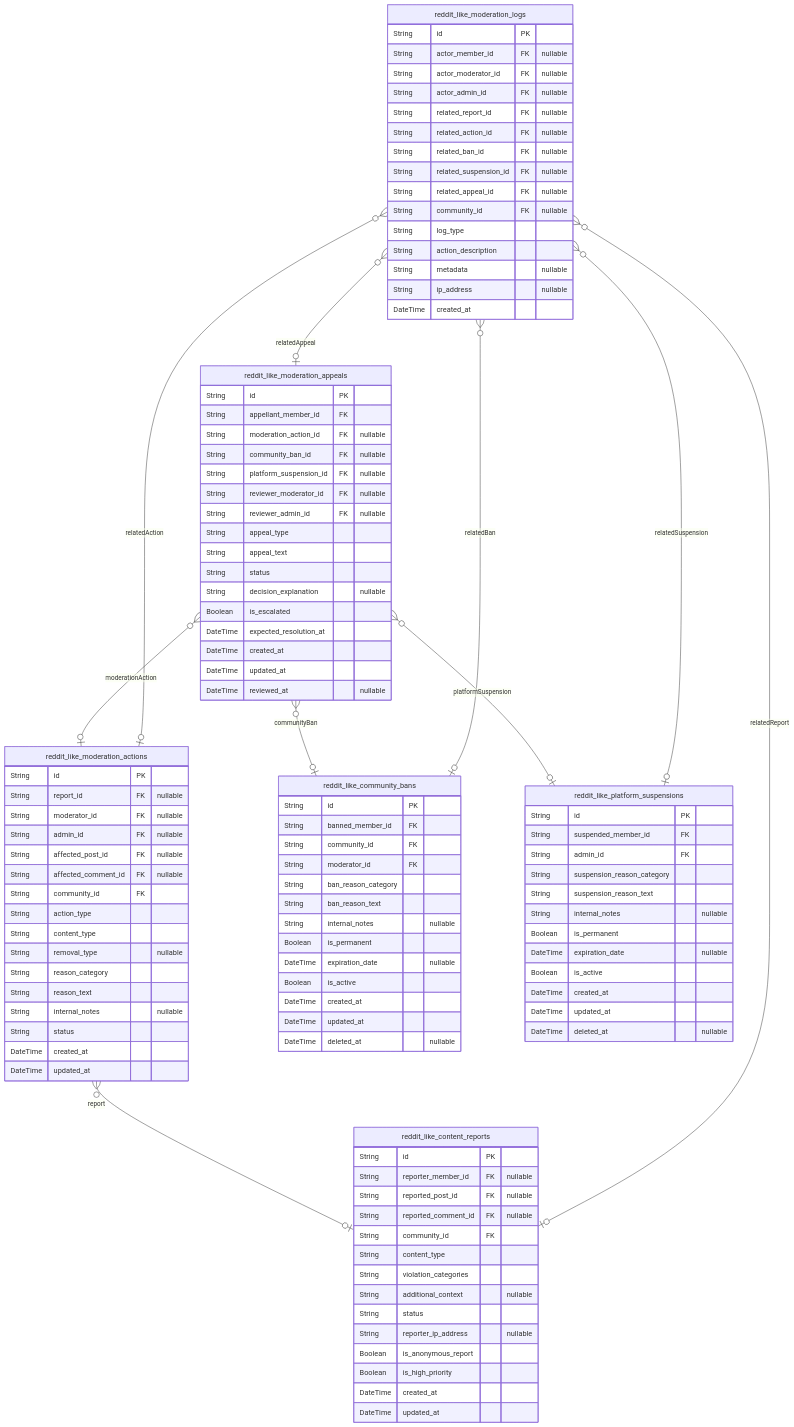
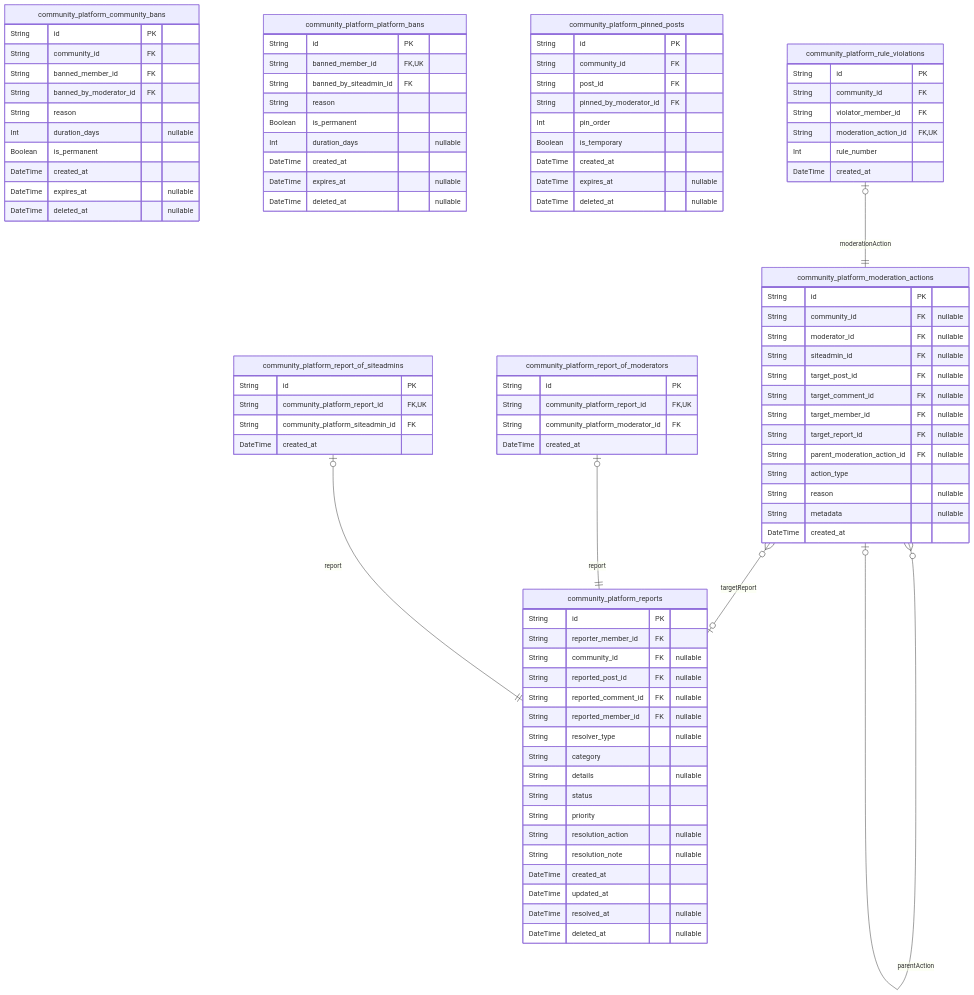
One commit to wrtnlabs/autobe-examples changed the sixth of 7 diagrams in anthropic/claude-sonnet-4.5/reddit/docs/ERD.md. Above: the diagram before and after it, drawn with Mermaid. The commit also changed other lines of this file and 16146 other files, not shown here.

````diff
--- a/anthropic/claude-sonnet-4.5/reddit/docs/ERD.md
+++ b/anthropic/claude-sonnet-4.5/reddit/docs/ERD.md
@@ -1232,110 +838,96 @@
 ```mermaid
 erDiagram
-"reddit_like_content_reports" {
+"community_platform_reports" {
   String id PK
-  String reporter_member_id FK "nullable"
+  String reporter_member_id FK
+  String community_id FK "nullable"
   String reported_post_id FK "nullable"
   String reported_comment_id FK "nullable"
-  String community_id FK
-  String content_type
-  String violation_categories
-  String additional_context "nullable"
+  String reported_member_id FK "nullable"
+  String resolver_type "nullable"
+  String category
+  String details "nullable"
   String status
-  String reporter_ip_address "nullable"
-  Boolean is_anonymous_report
-  Boolean is_high_priority
+  String priority
+  String resolution_action "nullable"
+  String resolution_note "nullable"
   DateTime created_at
   DateTime updated_at
-}
-"reddit_like_moderation_actions" {
-  String id PK
-  String report_id FK "nullable"
-  String moderator_id FK "nullable"
-  String admin_id FK "nullable"
-  String affected_post_id FK "nullable"
-  String affected_comment_id FK "nullable"
-  String community_id FK
-  String action_type
-  String content_type
-  String removal_type "nullable"
-  String reason_category
-  String reason_text
-  String internal_notes "nullable"
-  String status
-  DateTime created_at
-  DateTime updated_at
-}
-"reddit_like_community_bans" {
-  String id PK
-  String banned_member_id FK
-  String community_id FK
-  String moderator_id FK
-  String ban_reason_category
-  String ban_reason_text
-  String internal_notes "nullable"
-  Boolean is_permanent
-  DateTime expiration_date "nullable"
-  Boolean is_active
-  DateTime created_at
-  DateTime updated_at
+  DateTime resolved_at "nullable"
   DateTime deleted_at "nullable"
 }
-"reddit_like_platform_suspensions" {
+"community_platform_community_bans" {
   String id PK
-  String suspended_member_id FK
-  String admin_id FK
-  String suspension_reason_category
-  String suspension_reason_text
-  String internal_notes "nullable"
+  String community_id FK
+  String banned_member_id FK
+  String banned_by_moderator_id FK
+  String reason
+  Int duration_days "nullable"
   Boolean is_permanent
-  DateTime expiration_date "nullable"
-  Boolean is_active
   DateTime created_at
-  DateTime updated_at
+  DateTime expires_at "nullable"
   DateTime deleted_at "nullable"
 }
-"reddit_like_moderation_appeals" {
+"community_platform_platform_bans" {
   String id PK
-  String appellant_member_id FK
-  String moderation_action_id FK "nullable"
-  String community_ban_id FK "nullable"
-  String platform_suspension_id FK "nullable"
-  String reviewer_moderator_id FK "nullable"
-  String reviewer_admin_id FK "nullable"
-  String appeal_type
-  String appeal_text
-  String status
-  String decision_explanation "nullable"
-  Boolean is_escalated
-  DateTime expected_resolution_at
+  String banned_member_id FK,UK
+  String banned_by_siteadmin_id FK
+  String reason
+  Boolean is_permanent
+  Int duration_days "nullable"
   DateTime created_at
-  DateTime updated_at
-  DateTime reviewed_at "nullable"
+  DateTime expires_at "nullable"
+  DateTime deleted_at "nullable"
 }
-"reddit_like_moderation_logs" {
+"community_platform_moderation_actions" {
   String id PK
-  String actor_member_id FK "nullable"
-  String actor_moderator_id FK "nullable"
-  String actor_admin_id FK "nullable"
-  String related_report_id FK "nullable"
-  String related_action_id FK "nullable"
-  String related_ban_id FK "nullable"
-  String related_suspension_id FK "nullable"
-  String related_appeal_id FK "nullable"
   String community_id FK "nullable"
-  String log_type
-  String action_description
+  String moderator_id FK "nullable"
+  String siteadmin_id FK "nullable"
+  String target_post_id FK "nullable"
+  String target_comment_id FK "nullable"
+  String target_member_id FK "nullable"
+  String target_report_id FK "nullable"
+  String parent_moderation_action_id FK "nullable"
+  String action_type
+  String reason "nullable"
   String metadata "nullable"
-  String ip_address "nullable"
   DateTime created_at
 }
-"reddit_like_moderation_actions" }o--o| "reddit_like_content_reports" : report
-"reddit_like_moderation_appeals" }o--o| "reddit_like_moderation_actions" : moderationAction
-"reddit_like_moderation_appeals" }o--o| "reddit_like_community_bans" : communityBan
-"reddit_like_moderation_appeals" }o--o| "reddit_like_platform_suspensions" : platformSuspension
-"reddit_like_moderation_logs" }o--o| "reddit_like_content_reports" : relatedReport
-"reddit_like_moderation_logs" }o--o| "reddit_like_moderation_actions" : relatedAction
-"reddit_like_moderation_logs" }o--o| "reddit_like_community_bans" : relatedBan
-"reddit_like_moderation_logs" }o--o| "reddit_like_platform_suspensions" : relatedSuspension
-"reddit_like_moderation_logs" }o--o| "reddit_like_moderation_appeals" : relatedAppeal
+"community_platform_pinned_posts" {
+  String id PK
+  String community_id FK
+  String post_id FK
+  String pinned_by_moderator_id FK
+  Int pin_order
+  Boolean is_temporary
+  DateTime created_at
+  DateTime expires_at "nullable"
+  DateTime deleted_at "nullable"
+}
+"community_platform_report_of_moderators" {
+  String id PK
+  String community_platform_report_id FK,UK
+  String community_platform_moderator_id FK
+  DateTime created_at
+}
+"community_platform_report_of_siteadmins" {
+  String id PK
+  String community_platform_report_id FK,UK
+  String community_platform_siteadmin_id FK
+  DateTime created_at
+}
+"community_platform_rule_violations" {
+  String id PK
+  String community_id FK
+  String violator_member_id FK
+  String moderation_action_id FK,UK
+  Int rule_number
+  DateTime created_at
+}
+"community_platform_moderation_actions" }o--o| "community_platform_reports" : targetReport
+"community_platform_moderation_actions" }o--o| "community_platform_moderation_actions" : parentAction
+"community_platform_report_of_moderators" |o--|| "community_platform_reports" : report
+"community_platform_report_of_siteadmins" |o--|| "community_platform_reports" : report
+"community_platform_rule_violations" |o--|| "community_platform_moderation_actions" : moderationAction
 ```
````
